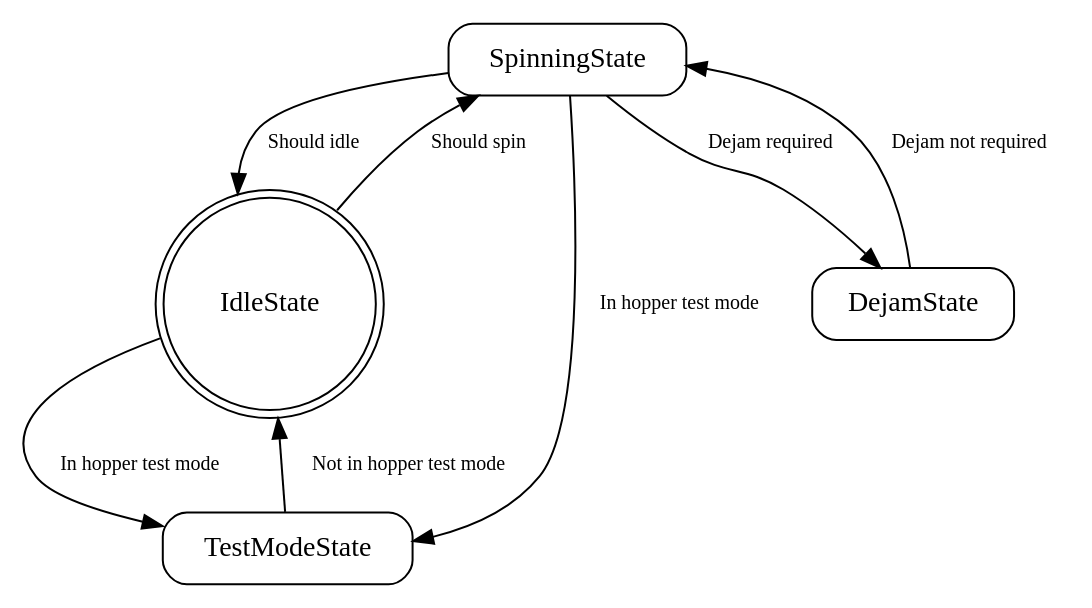
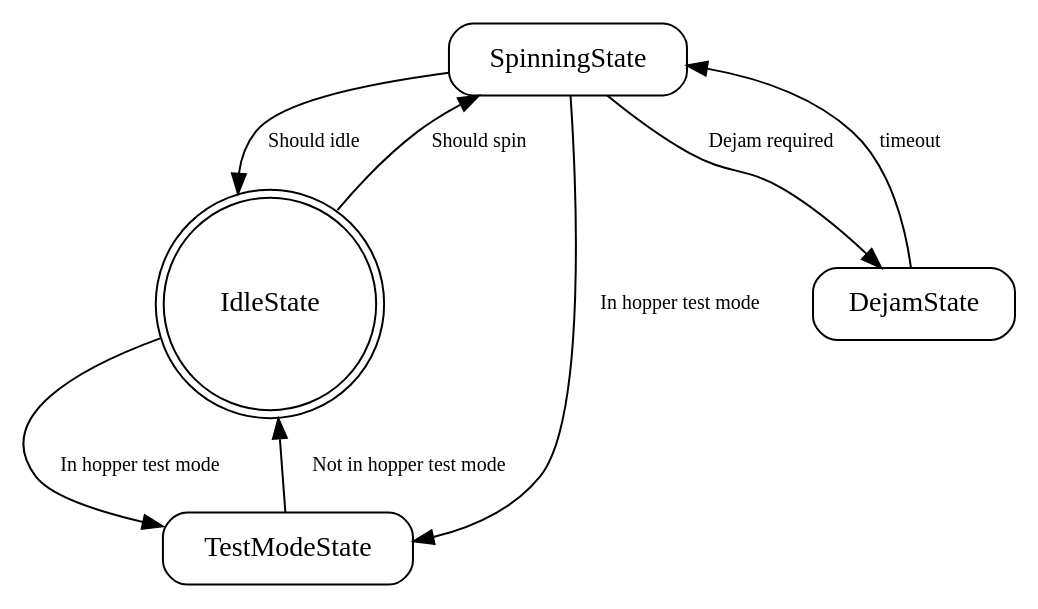
One commit to team401/2026-Robot-Code changed the diagram in state_machine_graphs/hopper.dot. Above: the diagram before and after it, drawn with Graphviz. The commit also changed 6 other files, not shown here.

```diff
--- a/state_machine_graphs/hopper.dot
+++ b/state_machine_graphs/hopper.dot
@@ -1,35 +1,35 @@
 digraph {
 
   // Graphviz Format settings
 
   node [
     shape=box,
     style=rounded
   ];
 
   edge [
     fontsize=10
   ];
 
 
   // States
 
   SpinningState ;
   IdleState [shape=doublecircle];
   TestModeState ;
   DejamState ;
 
   // Transitions
 
   SpinningState -> IdleState [label="Should idle"];
   SpinningState -> TestModeState [label="In hopper test mode"];
   SpinningState -> DejamState [label="Dejam required"];
 
   IdleState -> SpinningState [label="Should spin"];
   IdleState -> TestModeState [label="In hopper test mode"];
 
   TestModeState -> IdleState [label="Not in hopper test mode"];
 
-  DejamState -> SpinningState [label="Dejam not required"];
+  DejamState -> SpinningState [label="timeout"];
 
 }
```
